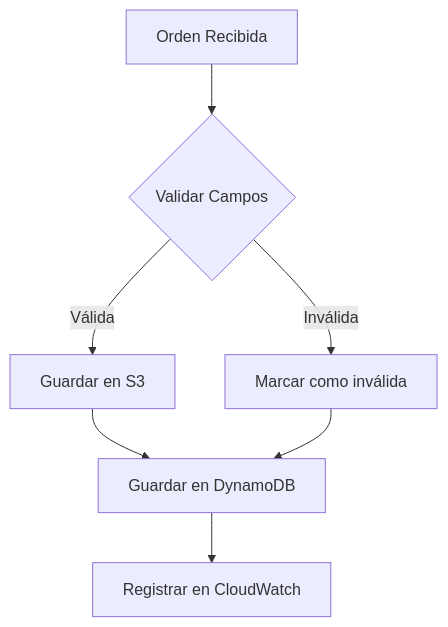
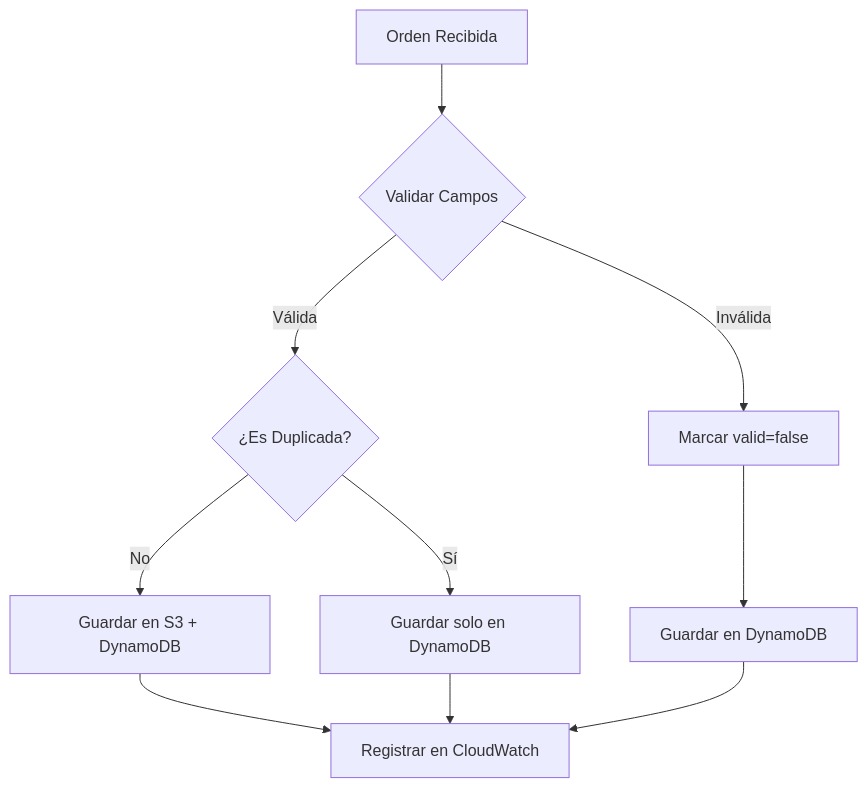
Before and after one commit to diegoezequielgallego/redlink: the diagram in README.md, drawn with Mermaid. The commit also changed other lines of this file, not shown here.

````diff
--- a/README.md
+++ b/README.md
@@ -81,9 +104,12 @@
 ```mermaid
 graph TD
     A[Orden Recibida] --> B{Validar Campos}
-    B -->|Válida| C[Guardar en S3]
-    B -->|Inválida| D[Marcar como inválida]
-    C --> E[Guardar en DynamoDB]
-    D --> E
-    E --> F[Registrar en CloudWatch]
+    B -->|Válida| C{¿Es Duplicada?}
+    B -->|Inválida| D[Marcar valid=false]
+    C -->|No| E[Guardar en S3 + DynamoDB]
+    C -->|Sí| F[Guardar solo en DynamoDB]
+    D --> G[Guardar en DynamoDB]
+    E --> H[Registrar en CloudWatch]
+    F --> H
+    G --> H
 ```
````
